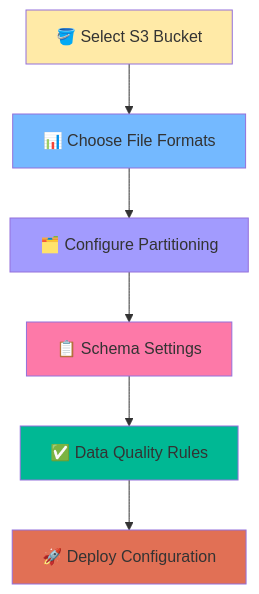
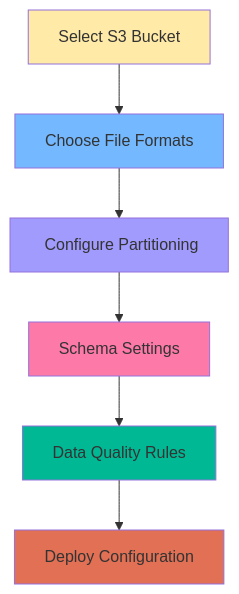
One commit to Monsau/S3connectorplaybook changed the fifth of 12 diagrams in README.md. Above: the diagram before and after it, drawn with Mermaid. The commit also changed other lines of this file and 4 other files, not shown here.

````diff
--- a/README.md
+++ b/README.md
@@ -447,15 +447,15 @@
 ```mermaid
 flowchart TD
-    Bucket[🪣 Select S3 Bucket] --> Formats[📊 Choose File Formats]
-    Formats --> Partition[🗂️ Configure Partitioning]
-    Partition --> Schema[📋 Schema Settings]
-    Schema --> Quality[✅ Data Quality Rules]
-    Quality --> Deploy[🚀 Deploy Configuration]
+    Bucket[ Select S3 Bucket] --> Formats[ Choose File Formats]
+    Formats --> Partition[️ Configure Partitioning]
+    Partition --> Schema[ Schema Settings]
+    Schema --> Quality[ Data Quality Rules]
+    Quality --> Deploy[ Deploy Configuration]
     
     style Bucket fill:#ffeaa7
     style Formats fill:#74b9ff
     style Partition fill:#a29bfe
     style Schema fill:#fd79a8
     style Quality fill:#00b894
     style Deploy fill:#e17055
 ```
````
